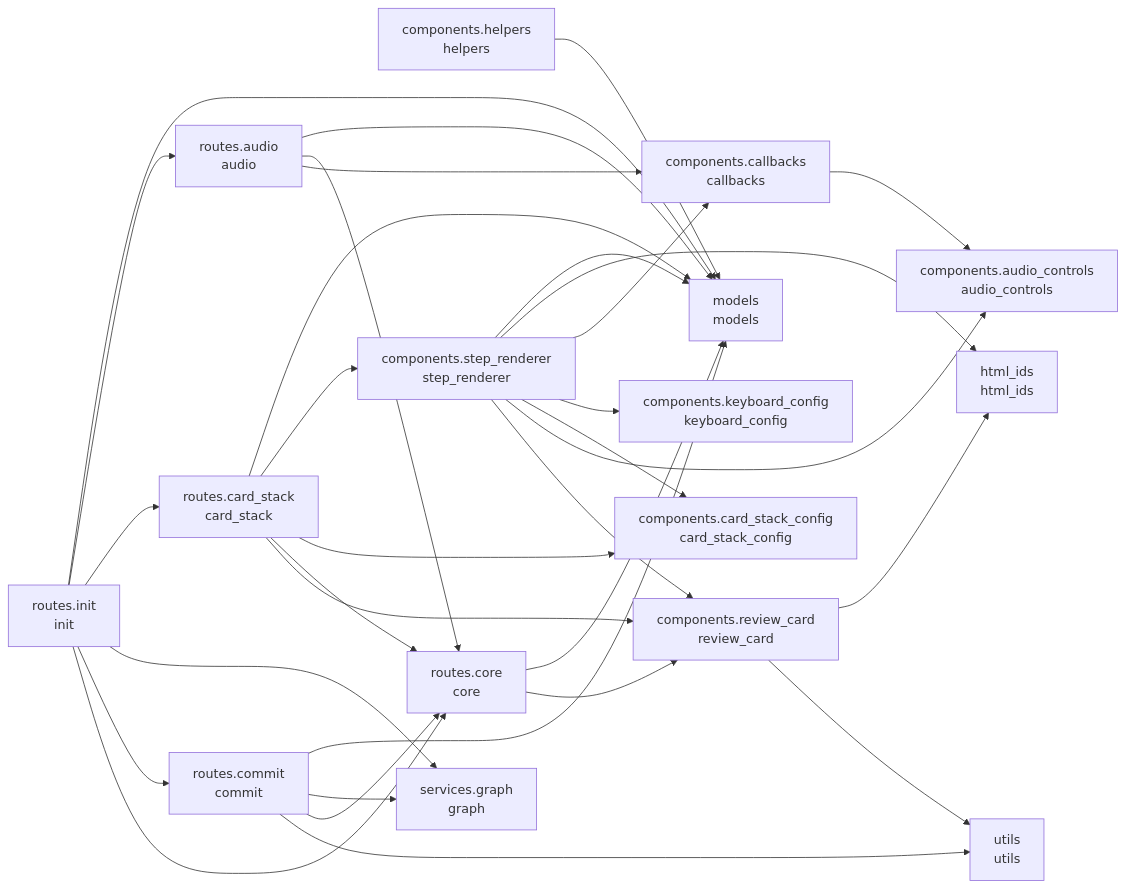
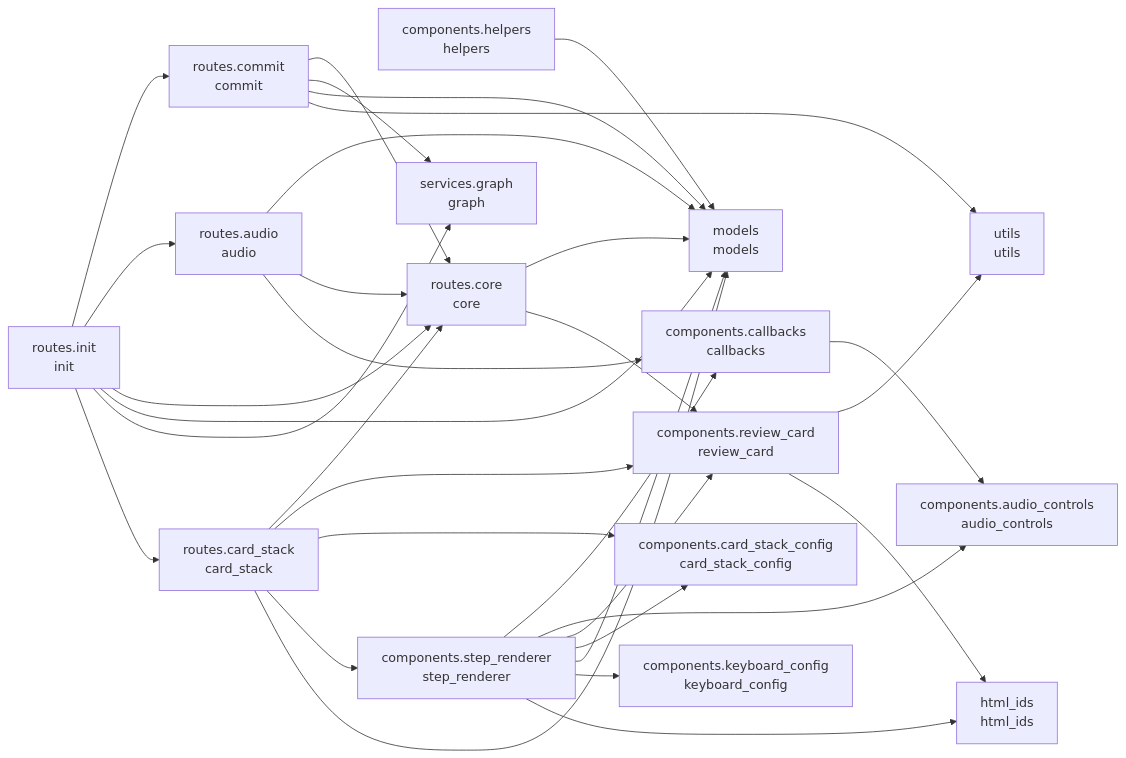
Before and after one commit to cj-mills/cjm-transcript-review: the diagram in README.md, drawn with Mermaid. The commit also changed other lines of this file and 4 other files, not shown here.

Commit message:
Pin cjm_fasthtml_card_stack dependency version.

````diff
--- a/README.md
+++ b/README.md
@@ -39,51 +39,51 @@
 ``` mermaid
 graph LR
     components_audio_controls[components.audio_controls<br/>audio_controls]
     components_callbacks[components.callbacks<br/>callbacks]
     components_card_stack_config[components.card_stack_config<br/>card_stack_config]
     components_helpers[components.helpers<br/>helpers]
     components_keyboard_config[components.keyboard_config<br/>keyboard_config]
     components_review_card[components.review_card<br/>review_card]
     components_step_renderer[components.step_renderer<br/>step_renderer]
     html_ids[html_ids<br/>html_ids]
     models[models<br/>models]
     routes_audio[routes.audio<br/>audio]
     routes_card_stack[routes.card_stack<br/>card_stack]
     routes_commit[routes.commit<br/>commit]
     routes_core[routes.core<br/>core]
     routes_init[routes.init<br/>init]
     services_graph[services.graph<br/>graph]
     utils[utils<br/>utils]
 
     components_callbacks --> components_audio_controls
     components_helpers --> models
     components_review_card --> utils
     components_review_card --> html_ids
+    components_step_renderer --> components_callbacks
+    components_step_renderer --> components_audio_controls
     components_step_renderer --> components_review_card
-    components_step_renderer --> components_audio_controls
     components_step_renderer --> components_card_stack_config
+    components_step_renderer --> models
     components_step_renderer --> components_keyboard_config
-    components_step_renderer --> components_callbacks
     components_step_renderer --> html_ids
-    components_step_renderer --> models
+    routes_audio --> models
+    routes_audio --> routes_core
     routes_audio --> components_callbacks
-    routes_audio --> routes_core
-    routes_audio --> models
+    routes_card_stack --> routes_core
     routes_card_stack --> components_review_card
-    routes_card_stack --> routes_core
     routes_card_stack --> components_card_stack_config
     routes_card_stack --> components_step_renderer
     routes_card_stack --> models
-    routes_commit --> utils
     routes_commit --> routes_core
     routes_commit --> services_graph
     routes_commit --> models
+    routes_commit --> utils
+    routes_core --> models
     routes_core --> components_review_card
-    routes_core --> models
+    routes_init --> routes_commit
+    routes_init --> routes_audio
     routes_init --> routes_core
-    routes_init --> routes_commit
+    routes_init --> models
     routes_init --> services_graph
     routes_init --> routes_card_stack
-    routes_init --> routes_audio
-    routes_init --> models
 ```
````
